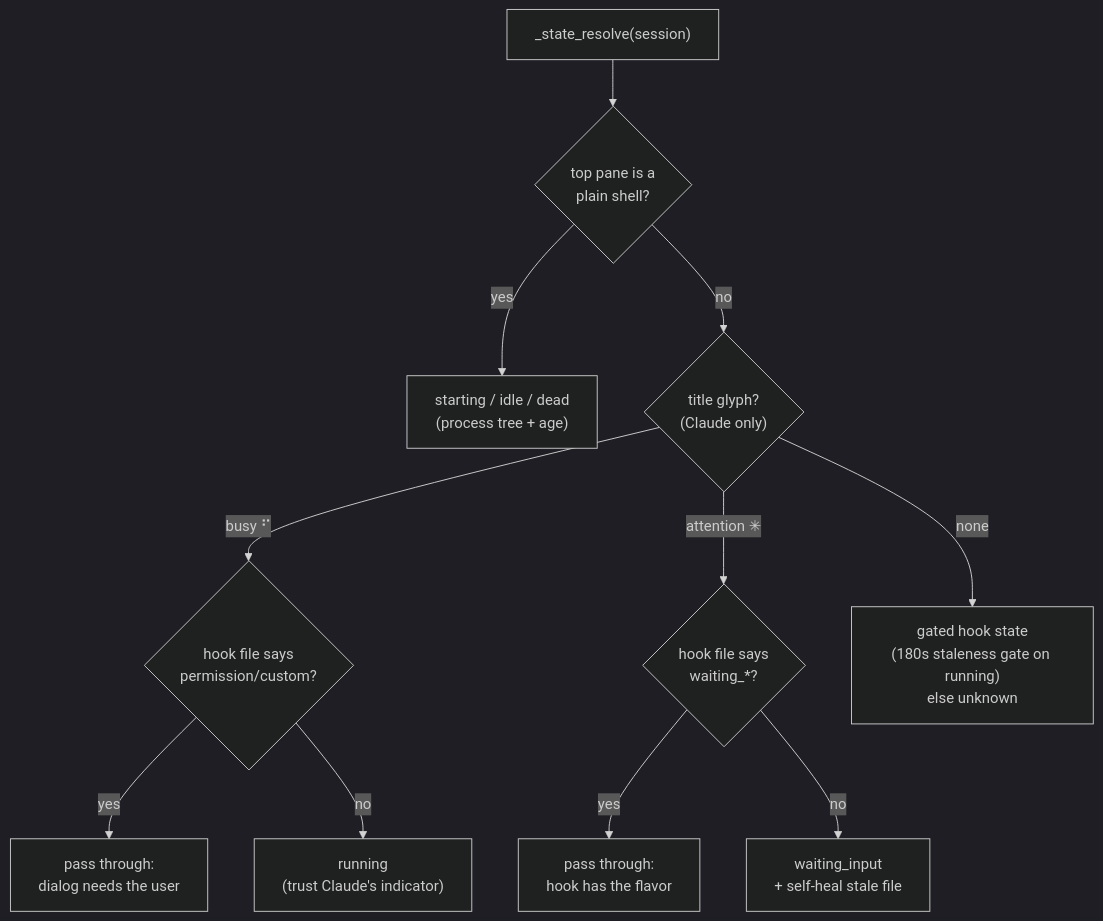
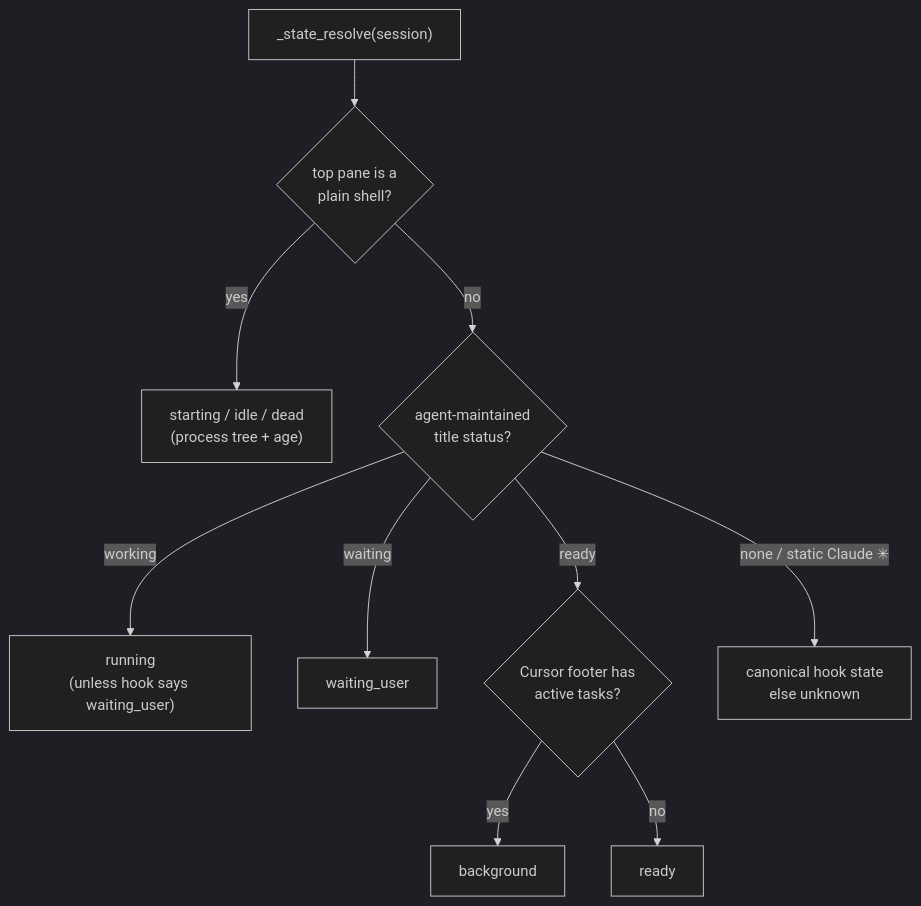
The first of 2 diagrams in docs/concepts.md (ehudt/agent-manager), drawn with Mermaid (dark theme) before and after one commit. The commit also changed other lines of this file and 26 other files, not shown here.

````diff
--- a/docs/concepts.md
+++ b/docs/concepts.md
@@ -57,13 +59,12 @@
 ```mermaid
 flowchart TD
     A["_state_resolve(session)"] --> B{"top pane is a<br/>plain shell?"}
     B -- yes --> C["starting / idle / dead<br/>(process tree + age)"]
-    B -- no --> D{"title glyph?<br/>(Claude only)"}
-    D -- "busy ⠋" --> E{"hook file says<br/>permission/custom?"}
-    E -- yes --> F["pass through:<br/>dialog needs the user"]
-    E -- no --> G["running<br/>(trust Claude's indicator)"]
-    D -- "attention ✳" --> H{"hook file says<br/>waiting_*?"}
-    H -- yes --> I["pass through:<br/>hook has the flavor"]
-    H -- no --> J["waiting_input<br/>+ self-heal stale file"]
-    D -- none --> K["gated hook state<br/>(180s staleness gate on running)<br/>else unknown"]
+    B -- no --> D{"agent-maintained<br/>title status?"}
+    D -- working --> E["running<br/>(unless hook says waiting_user)"]
+    D -- waiting --> F["waiting_user"]
+    D -- ready --> G{"Cursor footer has<br/>active tasks?"}
+    G -- yes --> H["background"]
+    G -- no --> I["ready"]
+    D -- none / static Claude ✳ --> J["canonical hook state<br/>else unknown"]
 ```
````
